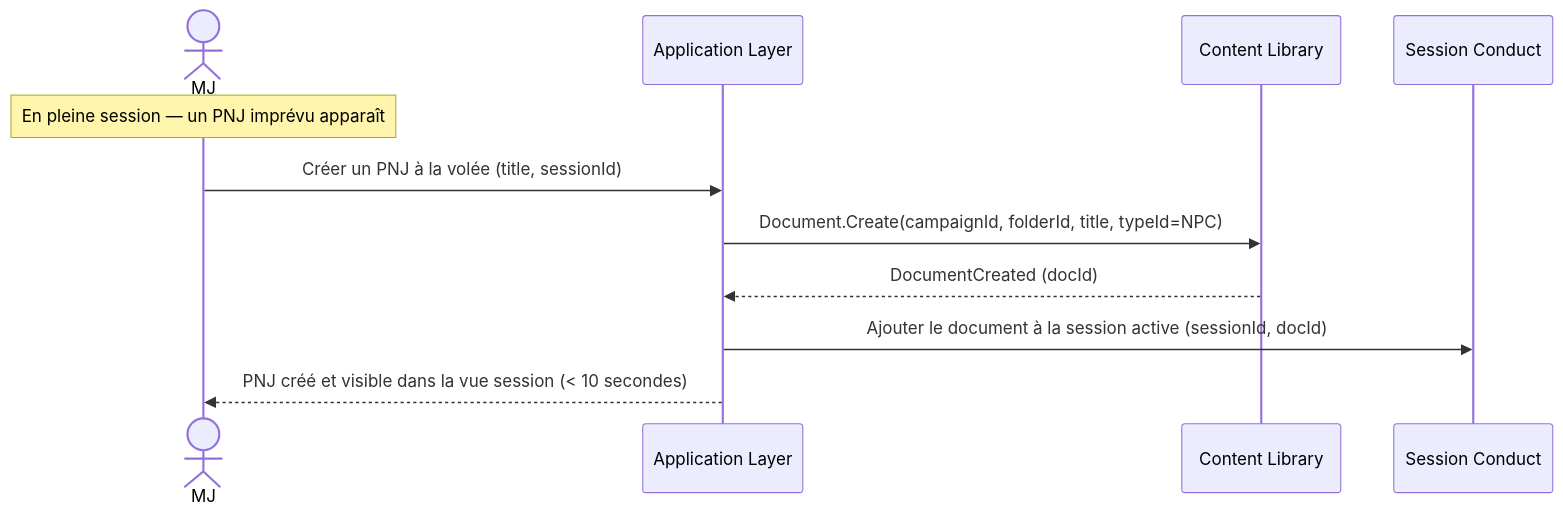
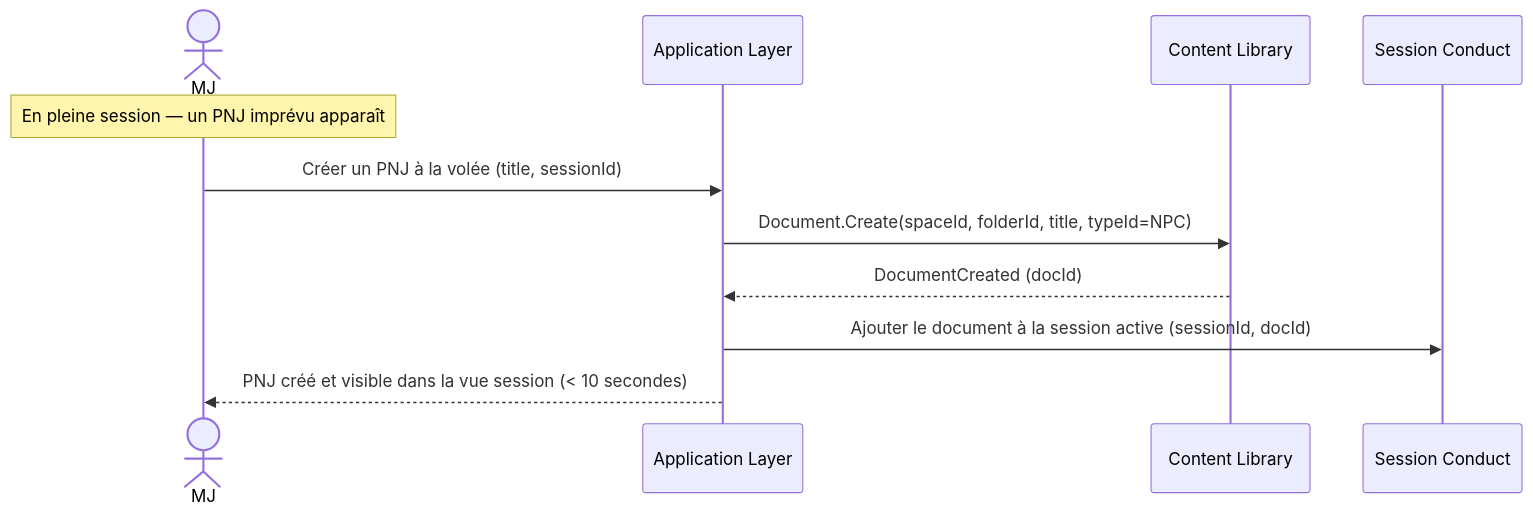
One commit to 2025-10-CDA-ECO-P6/PM-micro-saas changed the seventh of 8 diagrams in docs/conception/domain/diagrams/flows/content-library.md. Above: the diagram before and after it, drawn with Mermaid. The commit also changed other lines of this file and 68 other files, not shown here.

First line of the commit message:
docs(corpus): renomme Campaign en Space et ajoute les spécifications techniques

````diff
--- a/docs/conception/domain/diagrams/flows/content-library.md
+++ b/docs/conception/domain/diagrams/flows/content-library.md
@@ -107,14 +107,14 @@
 ```mermaid
 sequenceDiagram
     actor MJ
     participant App as Application Layer
     participant CL as Content Library
     participant SC as Session Conduct
 
     Note over MJ: En pleine session — un PNJ imprévu apparaît
     MJ->>App: Créer un PNJ à la volée (title, sessionId)
-    App->>CL: Document.Create(campaignId, folderId, title, typeId=NPC)
+    App->>CL: Document.Create(spaceId, folderId, title, typeId=NPC)
     CL-->>App: DocumentCreated (docId)
     App->>SC: Ajouter le document à la session active (sessionId, docId)
     App-->>MJ: PNJ créé et visible dans la vue session (< 10 secondes)
 ```
````
